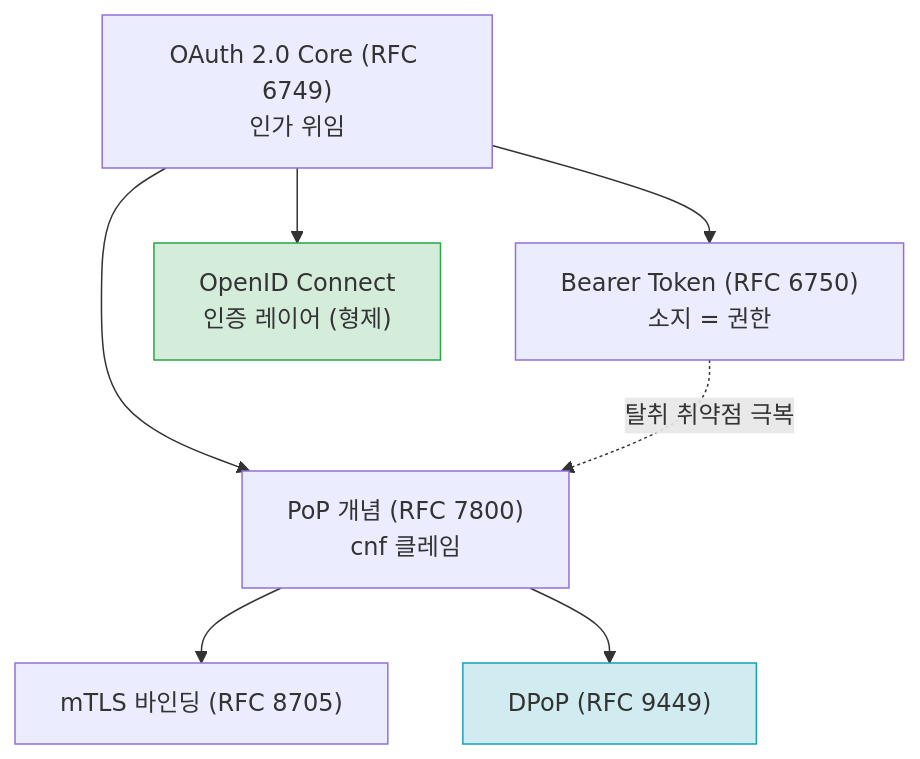
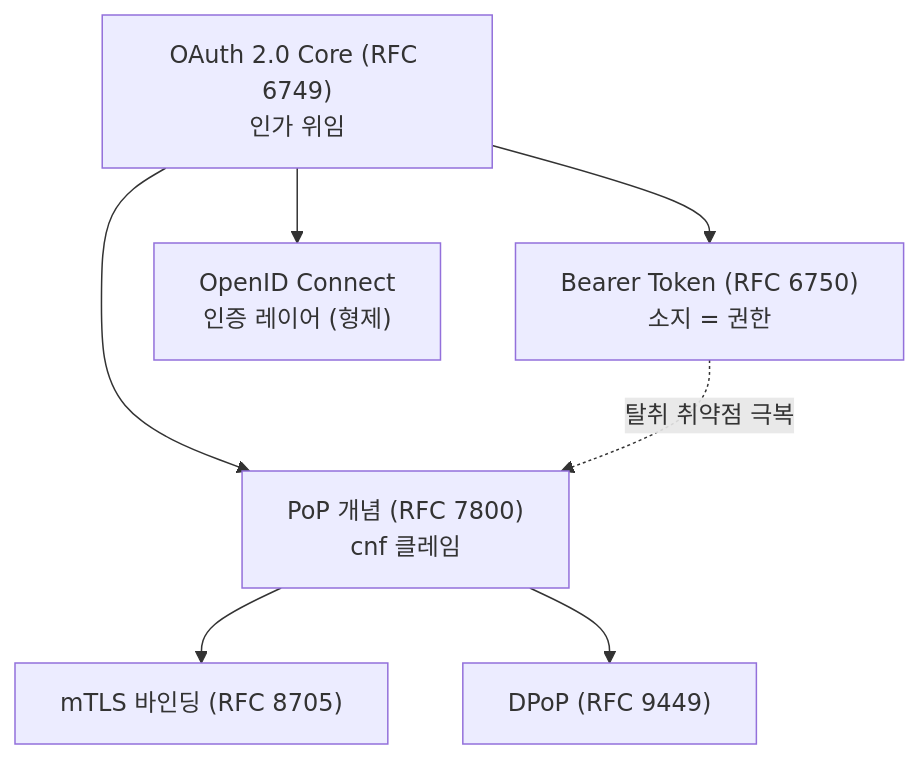
Before and after one commit to gmoon92/toy: the second of 11 diagrams in spring-security/docs/auth-architecture/oidc-architecture.md, drawn with Mermaid. The commit also changed other lines of this file and 2 other files, not shown here.

````diff
--- a/spring-security/docs/auth-architecture/oidc-architecture.md
+++ b/spring-security/docs/auth-architecture/oidc-architecture.md
@@ -97,12 +98,9 @@
 ```mermaid
 graph TD
     A["OAuth 2.0 Core (RFC 6749)<br/>인가 위임"] --> B["Bearer Token (RFC 6750)<br/>소지 = 권한"]
     A --> C["OpenID Connect<br/>인증 레이어 (형제)"]
     A --> D["PoP 개념 (RFC 7800)<br/>cnf 클레임"]
     D --> E["mTLS 바인딩 (RFC 8705)"]
     D --> F["DPoP (RFC 9449)"]
     B -. "탈취 취약점 극복" .-> D
-
-    style C fill:#d4edda,stroke:#28a745
-    style F fill:#d1ecf1,stroke:#17a2b8
 ```
````
